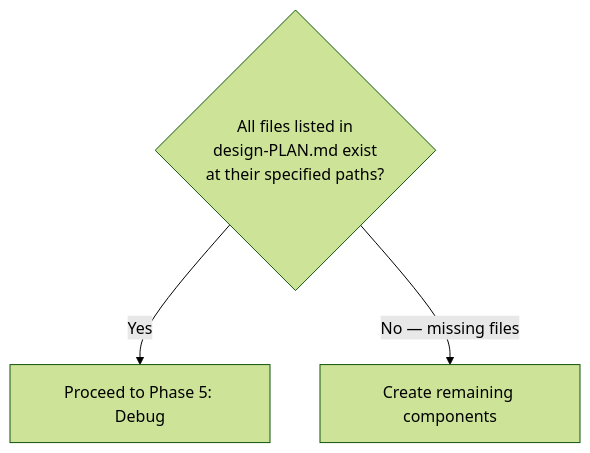
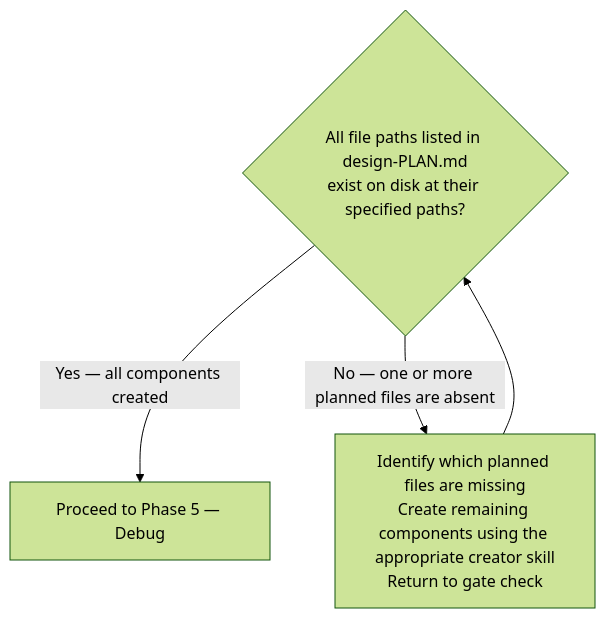
One commit to chgreer1070/claude_skills changed the seventh of 11 diagrams in plugins/plugin-creator/skills/plugin-lifecycle/SKILL.md. Above: the diagram before and after it, drawn with Mermaid (forest theme). The commit also changed other lines of this file and 4 other files, not shown here.

````diff
--- a/plugins/plugin-creator/skills/plugin-lifecycle/SKILL.md
+++ b/plugins/plugin-creator/skills/plugin-lifecycle/SKILL.md
@@ -330,6 +392,7 @@
 ```mermaid
 flowchart TD
-    Q{"All files listed in<br>design-PLAN.md exist<br>at their specified paths?"}
-    Q -->|"Yes"| Next["Proceed to Phase 5: Debug"]
-    Q -->|"No — missing files"| Retry["Create remaining components"]
+    Q{"All file paths listed in design-PLAN.md<br>exist on disk at their specified paths?"}
+    Q -->|"Yes — all components created"| Next["Proceed to Phase 5 — Debug"]
+    Q -->|"No — one or more planned files are absent"| Retry["Identify which planned files are missing<br>Create remaining components using the appropriate creator skill<br>Return to gate check"]
+    Retry --> Q
 ```
````
